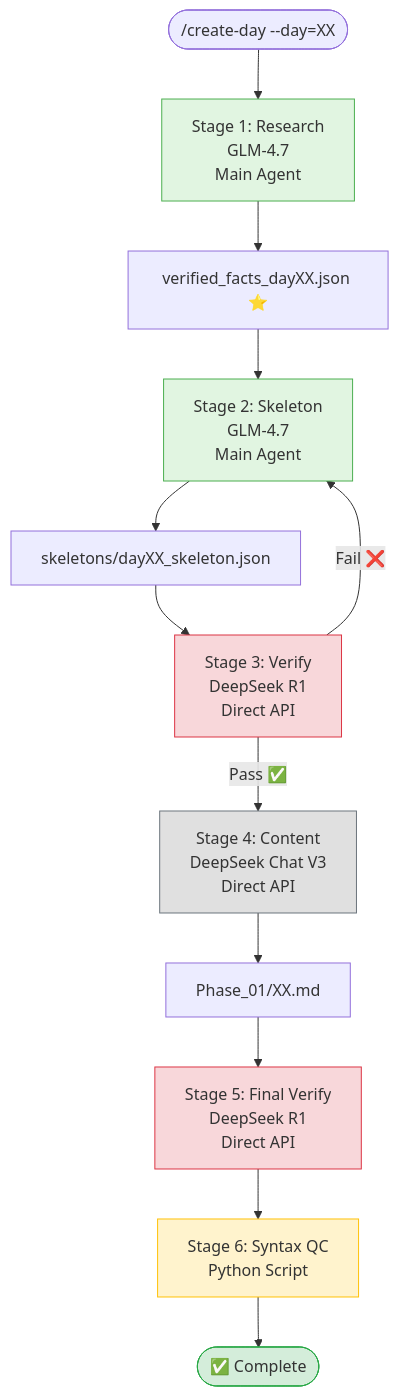
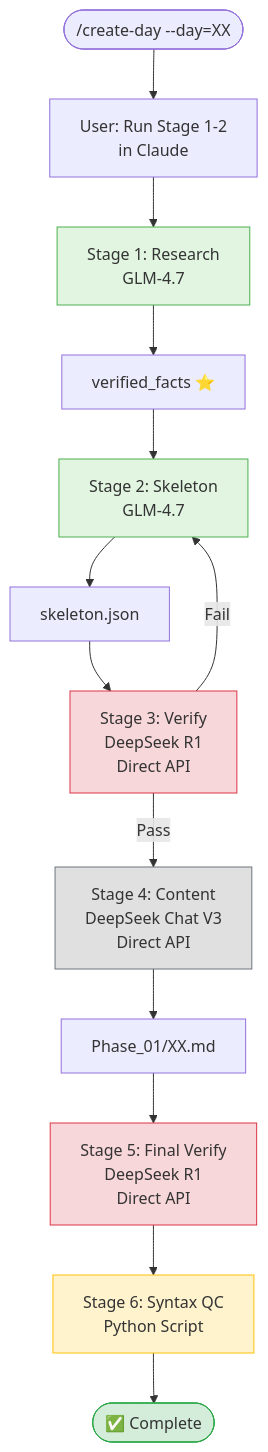
One commit to wramet/build-my-cfd changed the diagram in .claude/skills/content-creation/SKILL.md. Above: the diagram before and after it, drawn with Mermaid. The commit also changed other lines of this file and 2 other files, not shown here.

First line of the commit message:
refactor: integrate Python wrapper with Claude for complete content creation workflow

````diff
--- a/.claude/skills/content-creation/SKILL.md
+++ b/.claude/skills/content-creation/SKILL.md
@@ -376,22 +55,23 @@
 ```mermaid
 flowchart TD
-    Start([/create-day --day=XX]) --> R1[Stage 1: Research<br/>GLM-4.7<br/>Main Agent]
-    R1 --> F[verified_facts_dayXX.json ⭐]
-    F --> R2[Stage 2: Skeleton<br/>GLM-4.7<br/>Main Agent]
-    R2 --> S[skeletons/dayXX_skeleton.json]
+    Start([/create-day --day=XX]) --> User1[User: Run Stage 1-2<br/>in Claude]
+    User1 --> R1[Stage 1: Research<br/>GLM-4.7]
+    R1 --> F[verified_facts ⭐]
+    F --> R2[Stage 2: Skeleton<br/>GLM-4.7]
+    R2 --> S[skeleton.json]
     S --> V1[Stage 3: Verify<br/>DeepSeek R1<br/>Direct API]
-    V1 -->|Pass ✅| D[Stage 4: Content<br/>DeepSeek Chat V3<br/>Direct API]
-    V1 -->|Fail ❌| R2
+    V1 -->|Pass| D[Stage 4: Content<br/>DeepSeek Chat V3<br/>Direct API]
+    V1 -->|Fail| R2
     D --> C[Phase_01/XX.md]
     C --> V2[Stage 5: Final Verify<br/>DeepSeek R1<br/>Direct API]
     V2 --> QC[Stage 6: Syntax QC<br/>Python Script]
     QC --> Done([✅ Complete])
 
     style R1 fill:#e1f5e1,stroke:#4caf50
     style R2 fill:#e1f5e1,stroke:#4caf50
     style V1 fill:#f8d7da,stroke:#dc3545
     style V2 fill:#f8d7da,stroke:#dc3545
     style D fill:#e0e0e0,stroke:#6c757d
     style QC fill:#fff3cd,stroke:#ffc107
     style Done fill:#d4edda,stroke:#28a745
 ```
````
